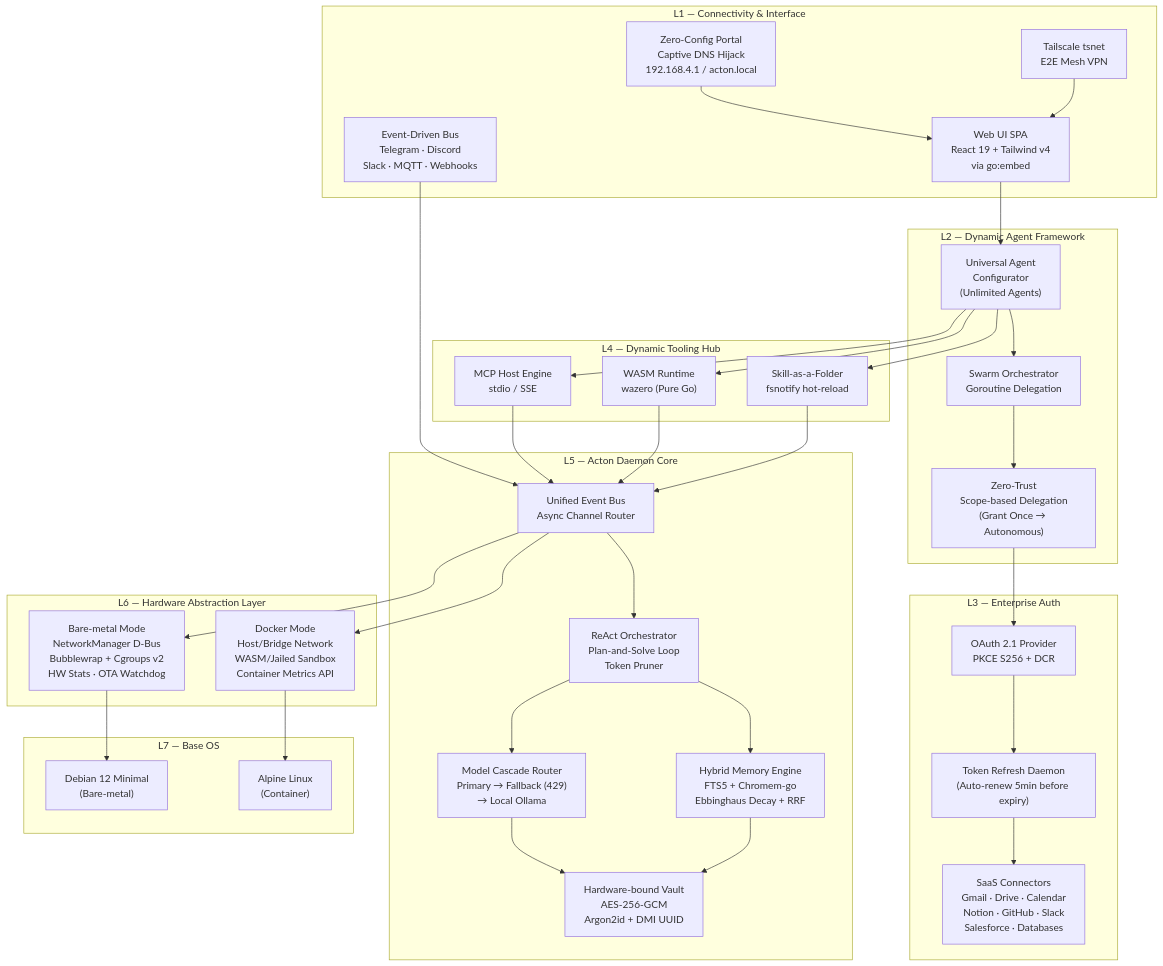
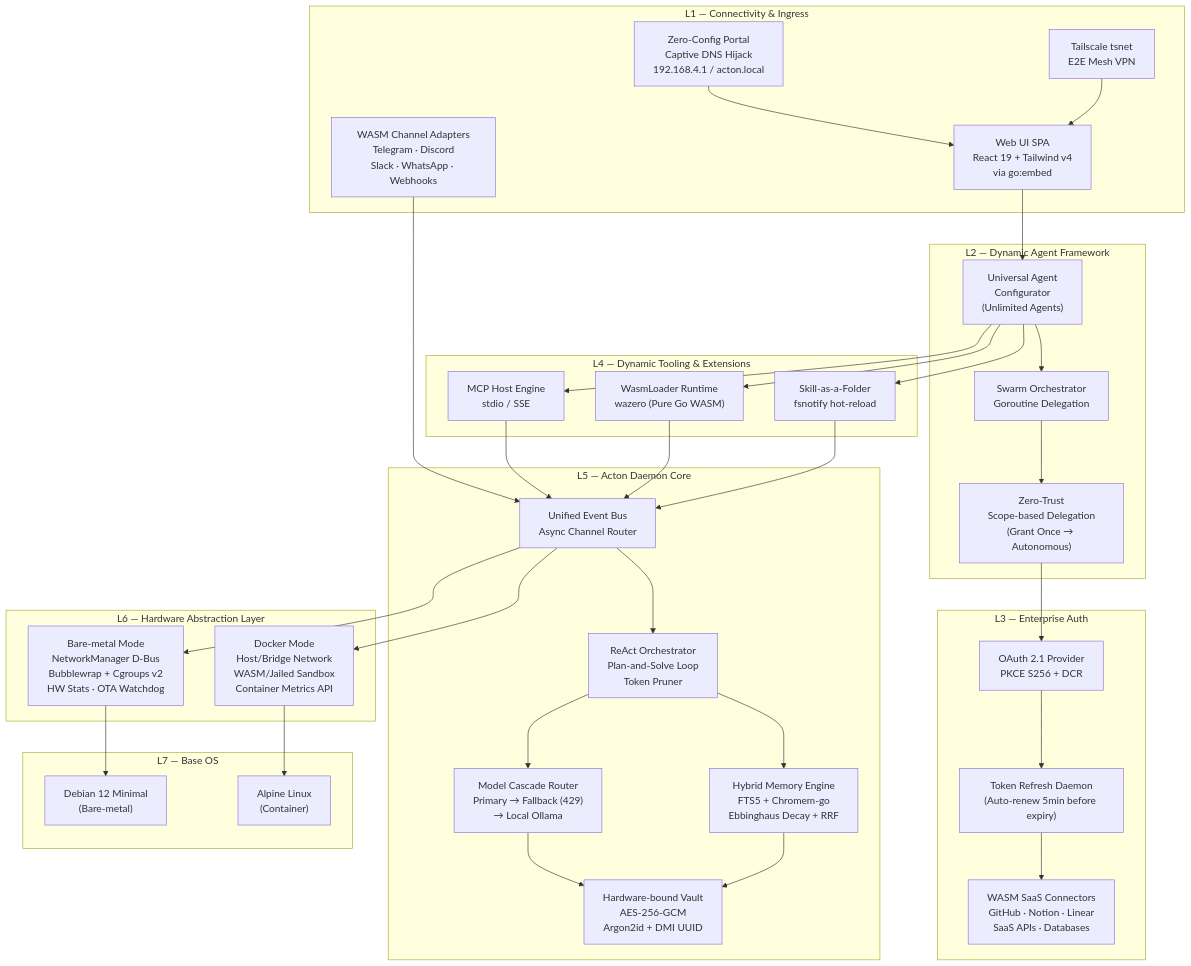
One commit to actonos/actonos changed the second of 12 diagrams in docs/ARCHITECTURE.md. Above: the diagram before and after it, drawn with Mermaid. The commit also changed other lines of this file and 10 other files, not shown here.

````diff
--- a/docs/ARCHITECTURE.md
+++ b/docs/ARCHITECTURE.md
@@ -119,77 +119,77 @@
 ```mermaid
 graph TB
-    subgraph "L1 — Connectivity & Interface"
+    subgraph "L1 — Connectivity & Ingress"
         TSNET["Tailscale tsnet\nE2E Mesh VPN"]
         WEBUI["Web UI SPA\nReact 19 + Tailwind v4\nvia go:embed"]
-        EVENTBUS["Event-Driven Bus\nTelegram · Discord\nSlack · MQTT · Webhooks"]
+        EVENTBUS["WASM Channel Adapters\nTelegram · Discord\nSlack · WhatsApp · Webhooks"]
         CAPTIVE["Zero-Config Portal\nCaptive DNS Hijack\n192.168.4.1 / acton.local"]
     end
 
     subgraph "L2 — Dynamic Agent Framework"
         AGENTCFG["Universal Agent\nConfigurator\n(Unlimited Agents)"]
         SWARM["Swarm Orchestrator\nGoroutine Delegation"]
         ZEROTRUST["Zero-Trust\nScope-based Delegation\n(Grant Once → Autonomous)"]
     end
 
     subgraph "L3 — Enterprise Auth"
         OAUTH["OAuth 2.1 Provider\nPKCE S256 + DCR"]
         TOKENREFRESH["Token Refresh Daemon\n(Auto-renew 5min before expiry)"]
-        SAAS["SaaS Connectors\nGmail · Drive · Calendar\nNotion · GitHub · Slack\nSalesforce · Databases"]
+        SAAS["WASM SaaS Connectors\nGitHub · Notion · Linear\nSaaS APIs · Databases"]
     end
 
-    subgraph "L4 — Dynamic Tooling Hub"
+    subgraph "L4 — Dynamic Tooling & Extensions"
         MCPHOST["MCP Host Engine\nstdio / SSE"]
-        WASMRT["WASM Runtime\nwazero (Pure Go)"]
+        WASMRT["WasmLoader Runtime\nwazero (Pure Go WASM)"]
         SKILLDIR["Skill-as-a-Folder\nfsnotify hot-reload"]
     end
 
     subgraph "L5 — Acton Daemon Core"
         UNIFIED_BUS["Unified Event Bus\nAsync Channel Router"]
         REACT_ENGINE["ReAct Orchestrator\nPlan-and-Solve Loop\nToken Pruner"]
         MODEL_CASCADE["Model Cascade Router\nPrimary → Fallback (429)\n→ Local Ollama"]
         HYBRID_MEM["Hybrid Memory Engine\nFTS5 + Chromem-go\nEbbinghaus Decay + RRF"]
         VAULT["Hardware-bound Vault\nAES-256-GCM\nArgon2id + DMI UUID"]
     end
 
     subgraph "L6 — Hardware Abstraction Layer"
         BAREMETAL["Bare-metal Mode\nNetworkManager D-Bus\nBubblewrap + Cgroups v2\nHW Stats · OTA Watchdog"]
         DOCKERMODE["Docker Mode\nHost/Bridge Network\nWASM/Jailed Sandbox\nContainer Metrics API"]
     end
 
     subgraph "L7 — Base OS"
         DEBIAN["Debian 12 Minimal\n(Bare-metal)"]
         ALPINE["Alpine Linux\n(Container)"]
     end
 
     WEBUI --> AGENTCFG
     EVENTBUS --> UNIFIED_BUS
     CAPTIVE --> WEBUI
     TSNET --> WEBUI
 
     AGENTCFG --> SWARM
     SWARM --> ZEROTRUST
     ZEROTRUST --> OAUTH
 
     OAUTH --> TOKENREFRESH
     TOKENREFRESH --> SAAS
 
     AGENTCFG --> MCPHOST
     AGENTCFG --> WASMRT
     AGENTCFG --> SKILLDIR
 
     MCPHOST --> UNIFIED_BUS
     WASMRT --> UNIFIED_BUS
     SKILLDIR --> UNIFIED_BUS
 
     UNIFIED_BUS --> REACT_ENGINE
     REACT_ENGINE --> MODEL_CASCADE
     REACT_ENGINE --> HYBRID_MEM
     MODEL_CASCADE --> VAULT
     HYBRID_MEM --> VAULT
 
     UNIFIED_BUS --> BAREMETAL
     UNIFIED_BUS --> DOCKERMODE
 
     BAREMETAL --> DEBIAN
     DOCKERMODE --> ALPINE
 ```
````
